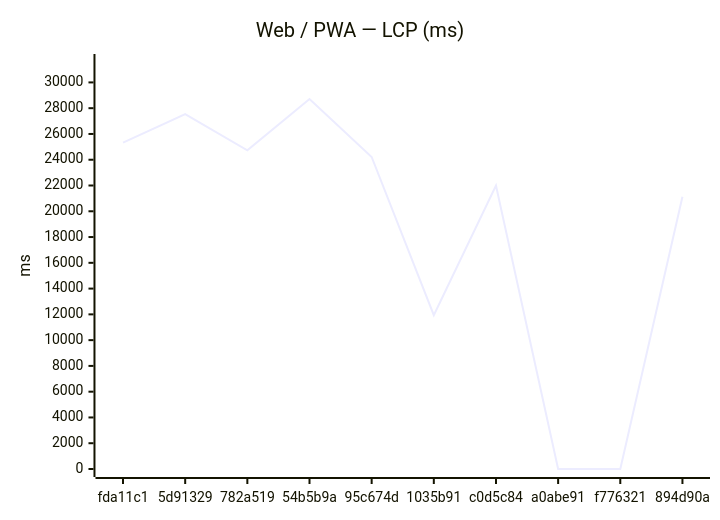
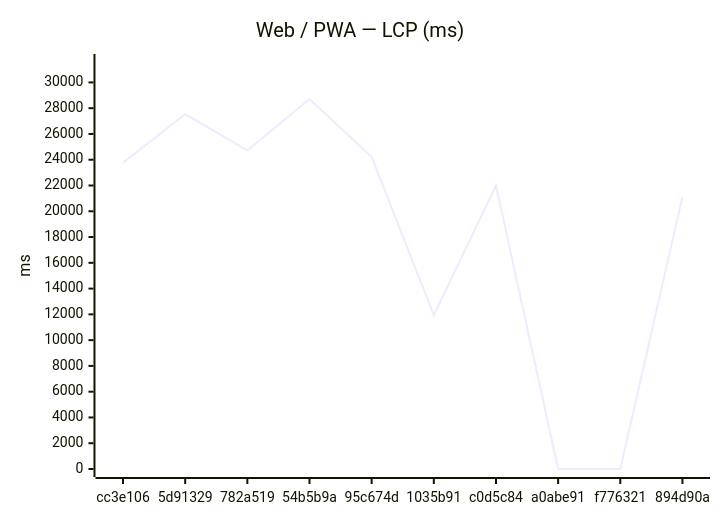
Before and after one commit to Metaheurist/Rianell: the first of 18 diagrams in benchmarks/compare.md, drawn with Mermaid. The commit also changed other lines of this file and 11 other files, not shown here.

````diff
--- a/benchmarks/compare.md
+++ b/benchmarks/compare.md
@@ -24,7 +24,7 @@
 ```mermaid
 xychart-beta
     title "Web / PWA — LCP (ms)"
-    x-axis ["fda11c1", "5d91329", "782a519", "54b5b9a", "95c674d", "1035b91", "c0d5c84", "a0abe91", "f776321", "894d90a"]
+    x-axis ["cc3e106", "5d91329", "782a519", "54b5b9a", "95c674d", "1035b91", "c0d5c84", "a0abe91", "f776321", "894d90a"]
     y-axis "ms" 0 --> 31584
-    line [25329, 27536, 24725, 28712, 24213, 11936, 21994, 0, 0, 21131]
+    line [23765, 27536, 24725, 28712, 24213, 11936, 21994, 0, 0, 21131]
 ```
````
